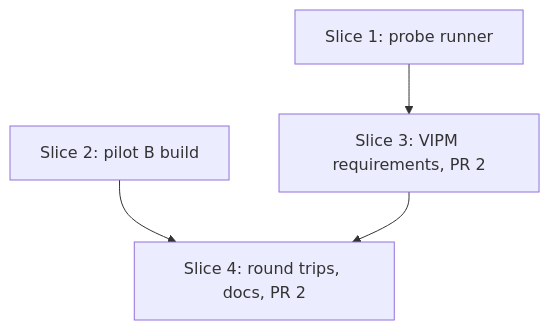
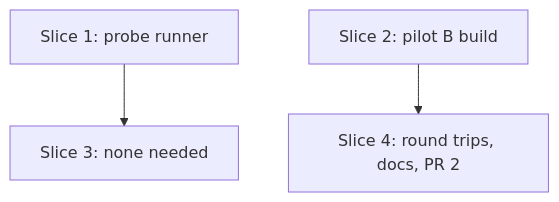
One commit to ThatsTheEnd/lvpm changed the diagram in plans/lvpm-vip-roundtrip-s1b.md. Above: the diagram before and after it, drawn with Mermaid. The commit also changed other lines of this file, not shown here.

First line of the commit message:
docs(plans): S1b PR 2 re-planned from the probe run

````diff
--- a/plans/lvpm-vip-roundtrip-s1b.md
+++ b/plans/lvpm-vip-roundtrip-s1b.md
@@ -451,6 +474,5 @@
 ```mermaid
 graph TD
-  S1[Slice 1: probe runner] --> S3[Slice 3: VIPM requirements, PR 2]
+  S1[Slice 1: probe runner] --> S3[Slice 3: none needed]
   S2[Slice 2: pilot B build] --> S4[Slice 4: round trips, docs, PR 2]
-  S3 --> S4
 ```
````
